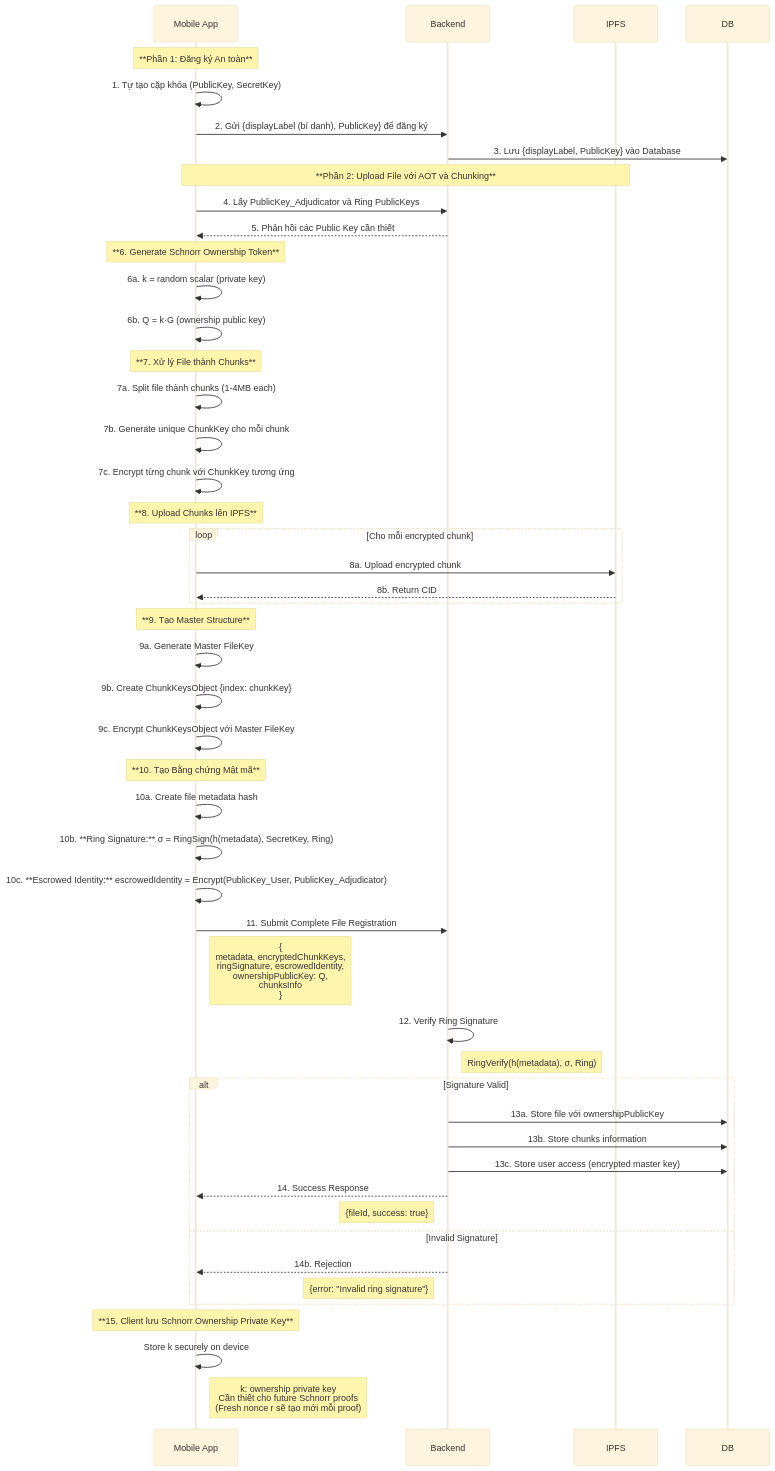
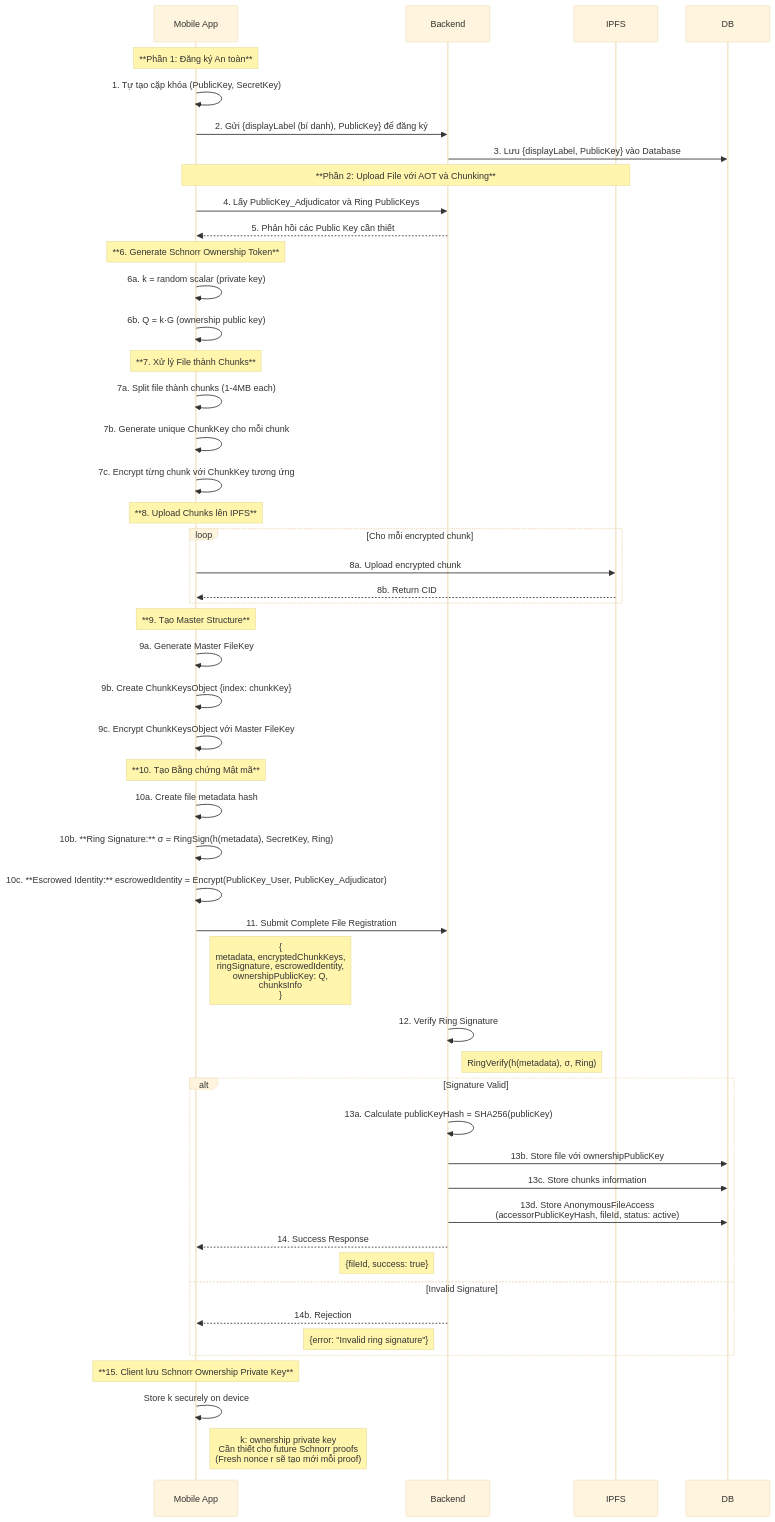
The second of 5 diagrams in New_Thesis.md (nguyenphuc22/ipfs-sandbox), drawn with Mermaid (base theme) before and after one commit. The commit also changed other lines of this file and 7 other files, not shown here.

Commit message:
Refactor identity management to eliminate userId; update useAOTIdentity hook to remove userId handling, implement migration logic for stored identities, and adjust sample data in aotStorage.js. Enhance documentation to reflect anonymous access architecture without userId.

````diff
--- a/New_Thesis.md
+++ b/New_Thesis.md
@@ -359,64 +367,65 @@
 ```mermaid
 sequenceDiagram
     participant Client as Mobile App
     participant Backend
     participant IPFS
     participant DB
 
     %% Registration (Unchanged)
     note over Client: **Phần 1: Đăng ký An toàn**
     Client->>Client: 1. Tự tạo cặp khóa (PublicKey, SecretKey)
     Client->>Backend: 2. Gửi {displayLabel (bí danh), PublicKey} để đăng ký
     Backend->>DB: 3. Lưu {displayLabel, PublicKey} vào Database
 
     %% Upload Process với AOT
     note over Client, IPFS: **Phần 2: Upload File với AOT và Chunking**
     Client->>Backend: 4. Lấy PublicKey_Adjudicator và Ring PublicKeys
     Backend-->>Client: 5. Phản hồi các Public Key cần thiết
 
     note over Client: **6. Generate Schnorr Ownership Token**
     Client->>Client: 6a. k = random scalar (private key)
     Client->>Client: 6b. Q = k·G (ownership public key)
     
     note over Client: **7. Xử lý File thành Chunks**
     Client->>Client: 7a. Split file thành chunks (1-4MB each)
     Client->>Client: 7b. Generate unique ChunkKey cho mỗi chunk
     Client->>Client: 7c. Encrypt từng chunk với ChunkKey tương ứng
 
     note over Client: **8. Upload Chunks lên IPFS**
     loop Cho mỗi encrypted chunk
         Client->>IPFS: 8a. Upload encrypted chunk
         IPFS-->>Client: 8b. Return CID
     end
 
     note over Client: **9. Tạo Master Structure**
     Client->>Client: 9a. Generate Master FileKey
     Client->>Client: 9b. Create ChunkKeysObject {index: chunkKey}
     Client->>Client: 9c. Encrypt ChunkKeysObject với Master FileKey
 
     note over Client: **10. Tạo Bằng chứng Mật mã**
     Client->>Client: 10a. Create file metadata hash
     Client->>Client: 10b. **Ring Signature:** σ = RingSign(h(metadata), SecretKey, Ring)
     Client->>Client: 10c. **Escrowed Identity:** escrowedIdentity = Encrypt(PublicKey_User, PublicKey_Adjudicator)
 
     Client->>Backend: 11. Submit Complete File Registration
     note right of Client: {<br/>  metadata, encryptedChunkKeys,<br/>  ringSignature, escrowedIdentity,<br/>  ownershipPublicKey: Q,<br/>  chunksInfo<br/>}
 
     Backend->>Backend: 12. Verify Ring Signature
     note right of Backend: RingVerify(h(metadata), σ, Ring)
 
     alt Signature Valid
-        Backend->>DB: 13a. Store file với ownershipPublicKey
-        Backend->>DB: 13b. Store chunks information
-        Backend->>DB: 13c. Store user access (encrypted master key)
+        Backend->>Backend: 13a. Calculate publicKeyHash = SHA256(publicKey)
+        Backend->>DB: 13b. Store file với ownershipPublicKey
+        Backend->>DB: 13c. Store chunks information
+        Backend->>DB: 13d. Store AnonymousFileAccess<br/>(accessorPublicKeyHash, fileId, status: active)
         Backend-->>Client: 14. Success Response
         note left of Backend: {fileId, success: true}
     else Invalid Signature
         Backend-->>Client: 14b. Rejection
         note left of Backend: {error: "Invalid ring signature"}
     end
 
     note over Client: **15. Client lưu Schnorr Ownership Private Key**
     Client->>Client: Store k securely on device
     note right of Client: k: ownership private key<br/>Cần thiết cho future Schnorr proofs<br/>(Fresh nonce r sẽ tạo mới mỗi proof)
 ```
````
